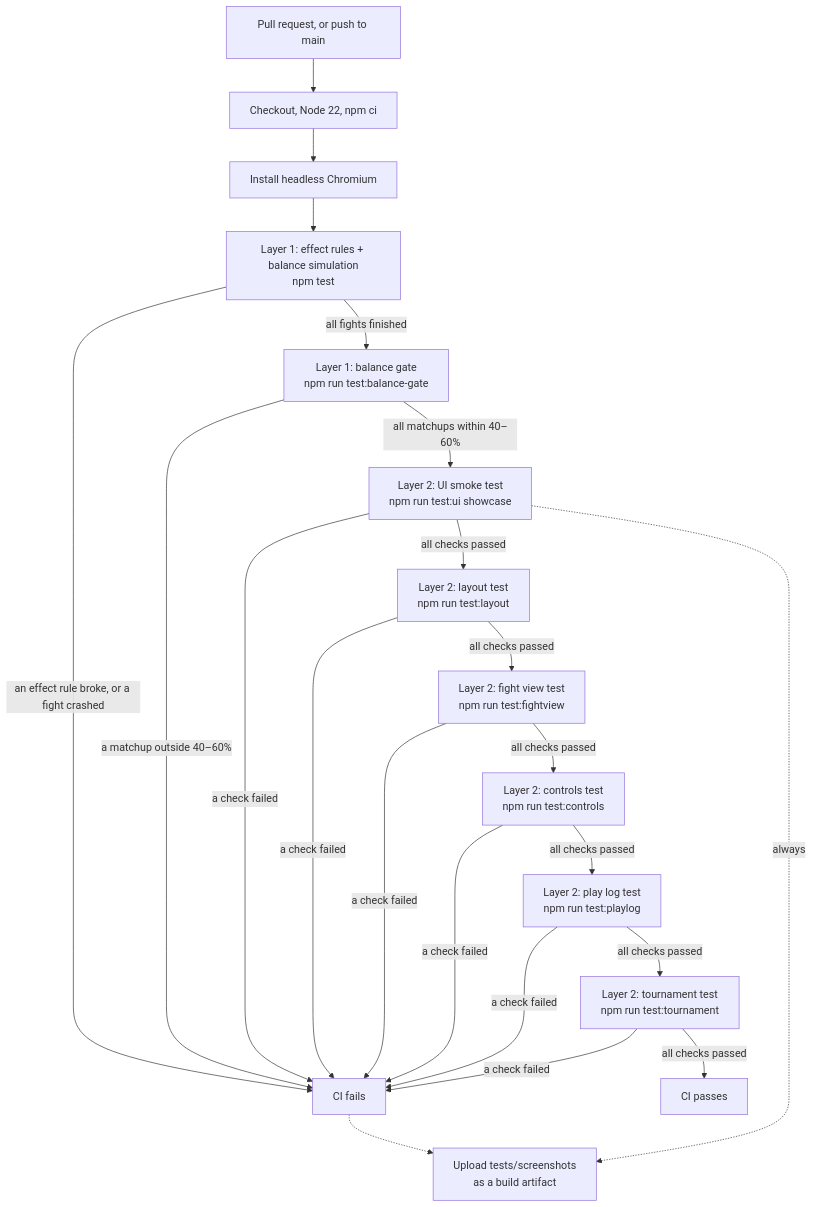
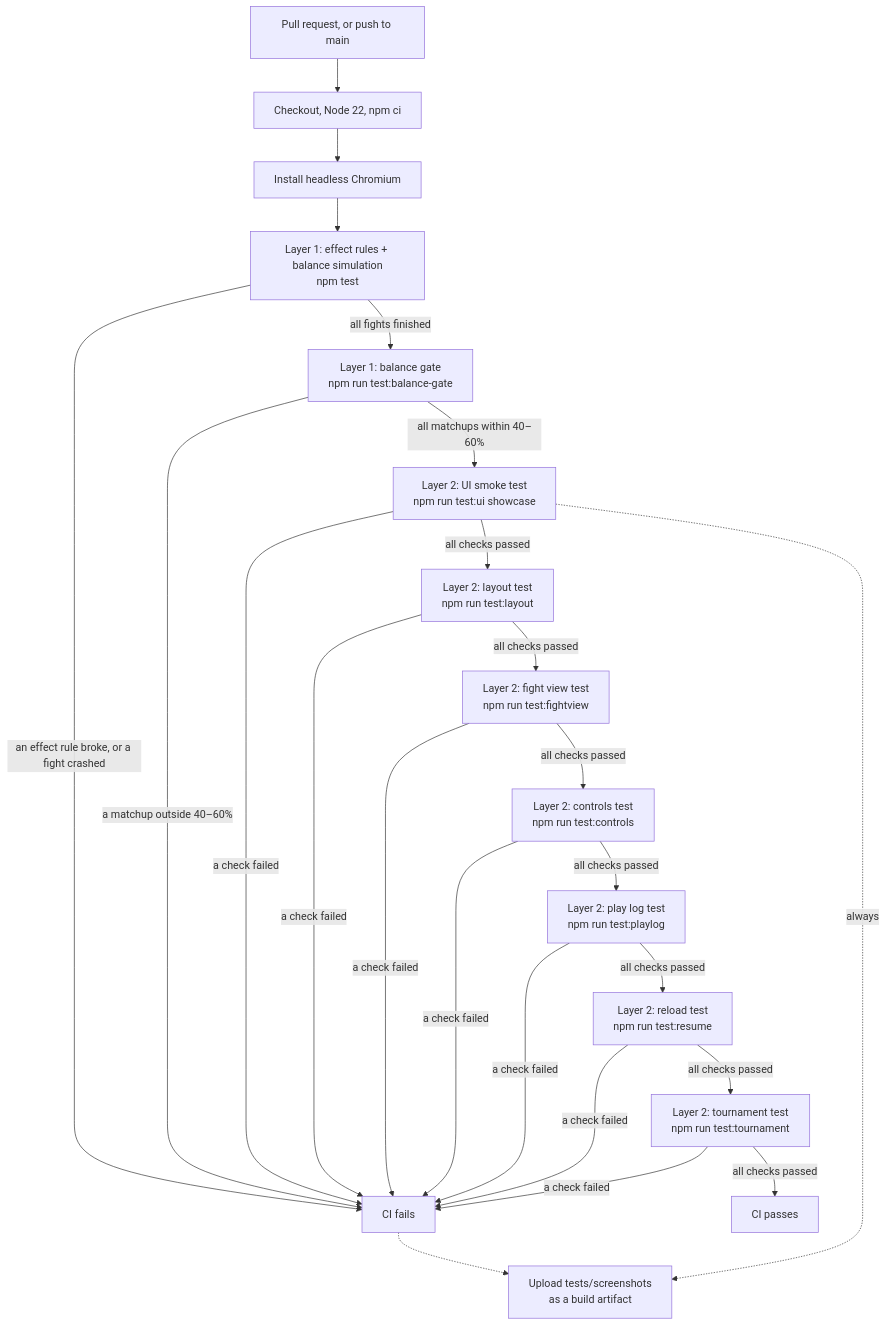
One commit to Heaxyle/drake-arena changed the diagram in TESTING.md. Above: the diagram before and after it, drawn with Mermaid. The commit also changed other lines of this file and 7 other files, not shown here.

````diff
--- a/TESTING.md
+++ b/TESTING.md
@@ -12,24 +12,26 @@
 ```mermaid
 flowchart TD
     A[Pull request, or push to main] --> B[Checkout, Node 22, npm ci]
     B --> C[Install headless Chromium]
     C --> D["Layer 1: effect rules + balance simulation<br/>npm test"]
     D -->|an effect rule broke, or a fight crashed| X[CI fails]
     D -->|all fights finished| G["Layer 1: balance gate<br/>npm run test:balance-gate"]
     G -->|a matchup outside 40–60%| X
     G -->|all matchups within 40–60%| E["Layer 2: UI smoke test<br/>npm run test:ui showcase"]
     E -->|a check failed| X
     E -->|all checks passed| L["Layer 2: layout test<br/>npm run test:layout"]
     L -->|a check failed| X
     L -->|all checks passed| V["Layer 2: fight view test<br/>npm run test:fightview"]
     V -->|a check failed| X
     V -->|all checks passed| K["Layer 2: controls test<br/>npm run test:controls"]
     K -->|a check failed| X
     K -->|all checks passed| PL["Layer 2: play log test<br/>npm run test:playlog"]
     PL -->|a check failed| X
-    PL -->|all checks passed| T["Layer 2: tournament test<br/>npm run test:tournament"]
+    PL -->|all checks passed| R["Layer 2: reload test<br/>npm run test:resume"]
+    R -->|a check failed| X
+    R -->|all checks passed| T["Layer 2: tournament test<br/>npm run test:tournament"]
     T -->|a check failed| X
     T -->|all checks passed| P[CI passes]
     E -.->|always| S[Upload tests/screenshots<br/>as a build artifact]
     X -.-> S
 ```
````
